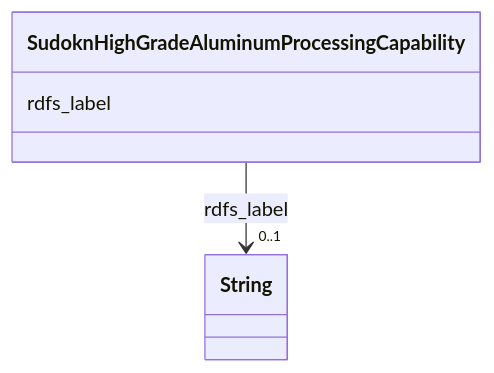
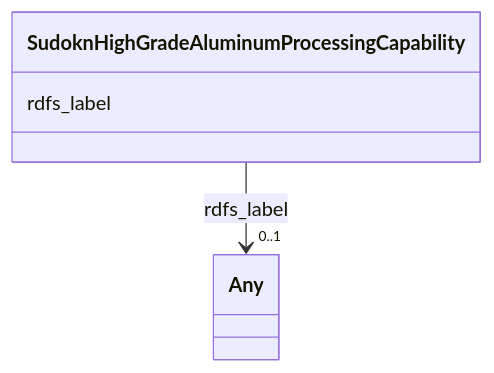
Before and after one commit to frink-okn/graph-descriptions: the diagram in sudokn-kg/classes/SudoknHighGradeAluminumProcessingCapability.md, drawn with Mermaid. The commit also changed other lines of this file and 903 other files, not shown here.

````diff
--- a/sudokn-kg/classes/SudoknHighGradeAluminumProcessingCapability.md
+++ b/sudokn-kg/classes/SudoknHighGradeAluminumProcessingCapability.md
@@ -23,15 +18,15 @@
 ```mermaid
  classDiagram
     class SudoknHighGradeAluminumProcessingCapability
     click SudoknHighGradeAluminumProcessingCapability href "../SudoknHighGradeAluminumProcessingCapability"
       SudoknHighGradeAluminumProcessingCapability : rdfs_label
         
           
     
     
-    SudoknHighGradeAluminumProcessingCapability --> "0..1" String : rdfs_label
-    click String href "../String"
+    SudoknHighGradeAluminumProcessingCapability --> "0..1" Any : rdfs_label
+    click Any href "../Any"
 
         
       
 ```
````
